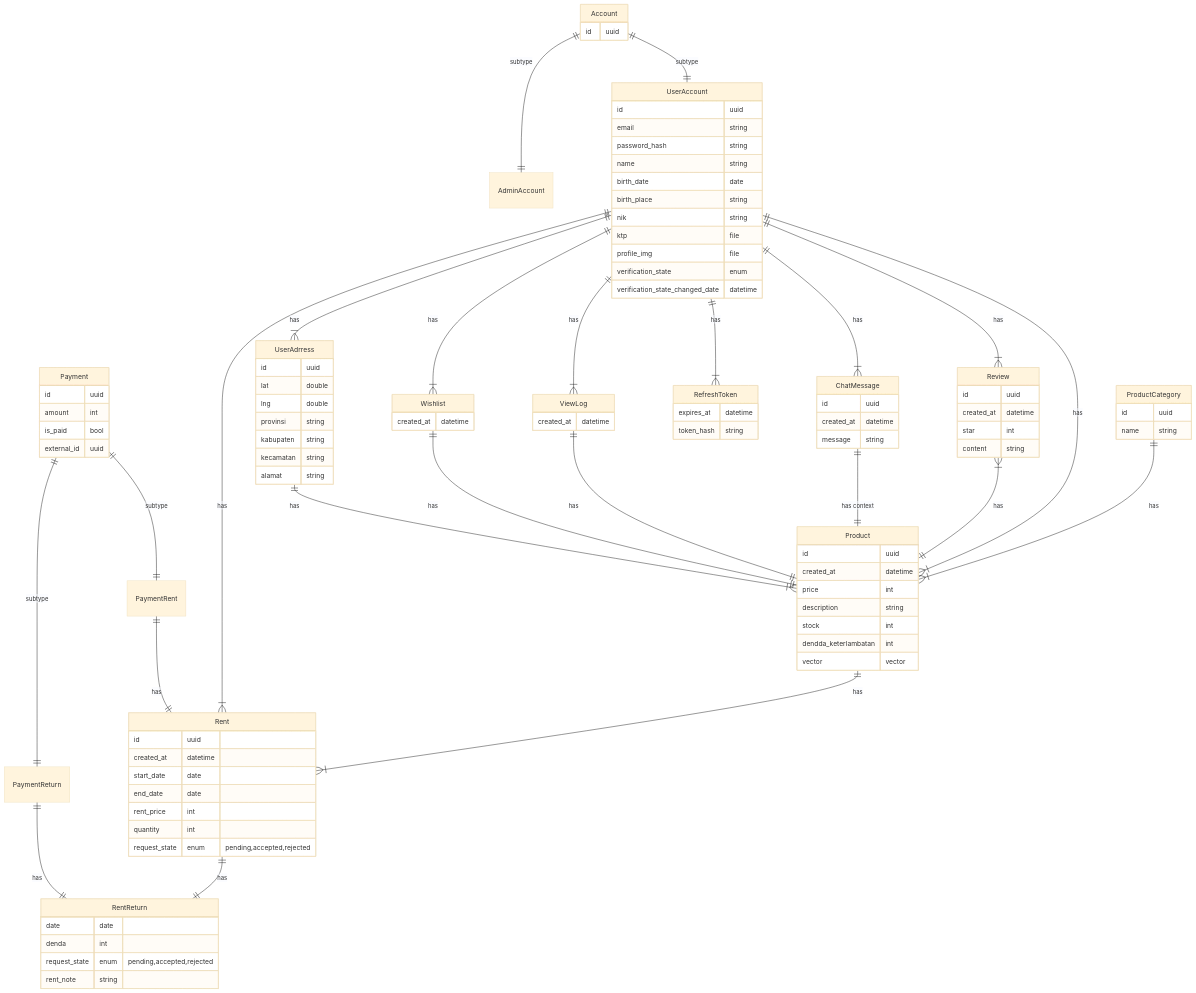
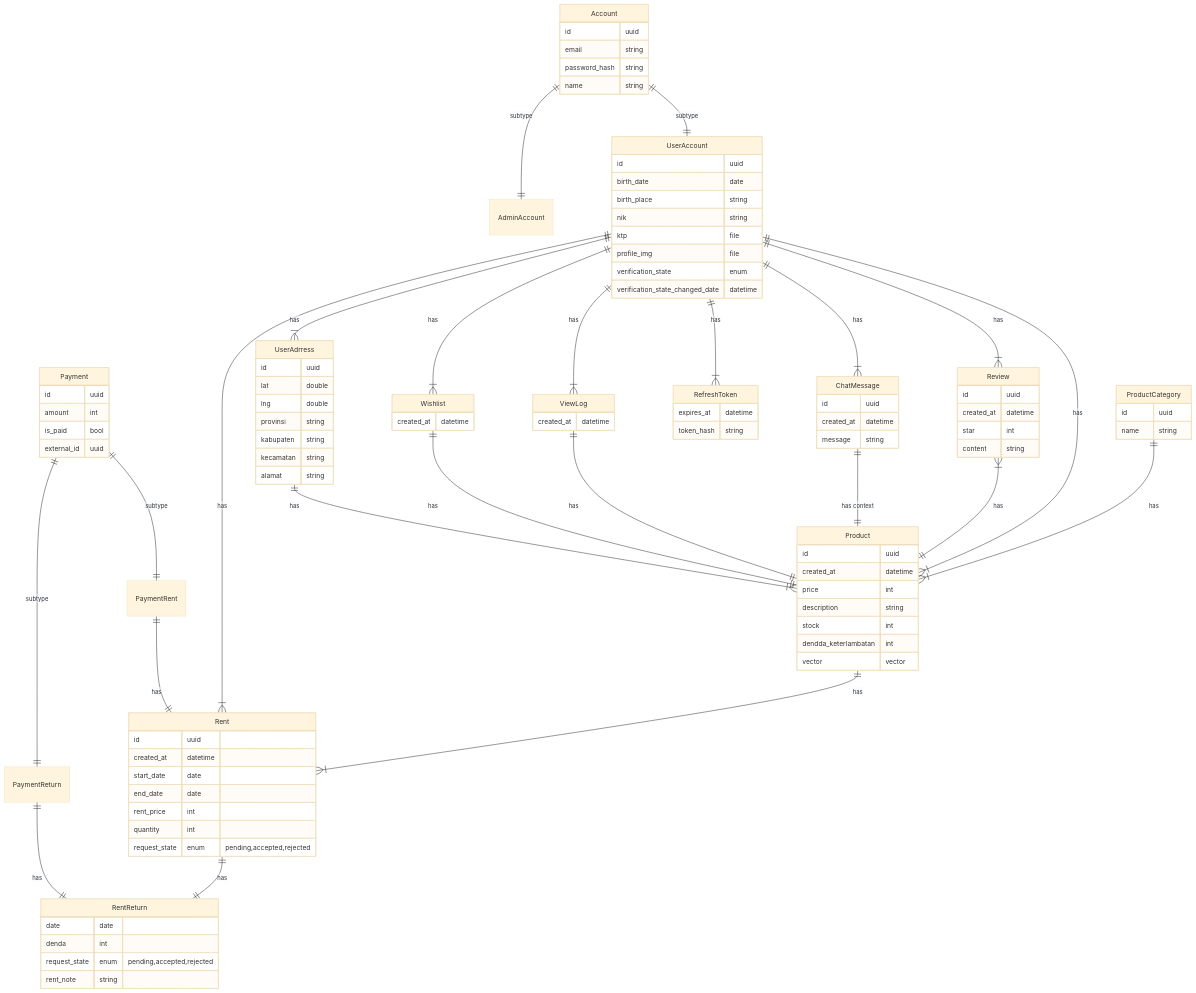
Before and after one commit to levirs565/openrent: the diagram in db.mermaid, drawn with Mermaid (base theme). The commit also changed other lines of this file and 8 other files, not shown here.

```diff
--- a/db.mermaid
+++ b/db.mermaid
@@ -1,132 +1,132 @@
 erDiagram
 	direction TB
 
 	Account {
 		id uuid
+		email string 
+		password_hash string  
+		name string
 	}
 
 	Account ||--|| AdminAccount : "subtype"
 	Account ||--|| UserAccount : "subtype"
 
 	UserAccount {
 		id uuid
-		email string 
-		password_hash string  
-		name string
 		birth_date date   
 		birth_place string  
 		nik string
 		ktp file  
 		profile_img file
 		verification_state enum 
 		verification_state_changed_date datetime
 	}
 
 	UserAdrress {
 		id uuid  
 		lat double  
 		lng double 
         provinsi string
         kabupaten string
         kecamatan string
 		alamat string
 	}
 
 	UserAdrress ||--|{ Product : "has"
 
 	Product {
 		id uuid 
 		created_at datetime  
 		price int  
 		description string
 		stock int  
 		dendda_keterlambatan int
 		vector vector
 	}
 
 	Review {
 		id uuid 
         created_at datetime
 		star int
 		content string  
 	}
 
 	UserAccount ||--|{ ChatMessage : "has" 
 
 	UserAccount ||--|{ Wishlist : "has"
 	Wishlist {
 		created_at datetime
 	}
 	Wishlist ||--|| Product : "has"
 
 	UserAccount ||--|{ ViewLog : "has"
 	ViewLog {
 		created_at datetime
 	}
 	ViewLog ||--|| Product : "has"
 
 	UserAccount ||--|{ RefreshToken : "has"
 	RefreshToken {
 		expires_at datetime
 		token_hash string
 	}
 
 	ChatMessage {
 		id uuid
         created_at datetime
 		message string 
 	}
 
 	ChatMessage ||--|| Product : "has context"
 
 	Rent {
 		id uuid
 		created_at datetime
 		start_date date  
 		end_date date  
 		rent_price int  
 		quantity int
 		request_state enum "pending,accepted,rejected"
 	}
 
 	Payment {
 		id uuid  
 		amount int  
 		is_paid bool  
 		external_id uuid
 	}
 
 	PaymentRent {
 
 	}
 
 	PaymentReturn {
 
 	}
 
 	RentReturn {
 		date date  
 		denda int
 		request_state enum "pending,accepted,rejected"
 		rent_note string
 	}
 
 	ProductCategory {
 		id uuid  ""  
 		name string  ""  
 	}
 
 
 
 	UserAccount ||--|{ UserAdrress : "has"
     Review }|--|| Product : "has"
 	UserAccount ||--|{ Review : "has"
 	Payment ||--|| PaymentRent : "subtype"
 	Payment ||--|| PaymentReturn : "subtype"
 	PaymentRent ||--|| Rent : "has"
 	PaymentReturn ||--|| RentReturn : "has"
 	UserAccount ||--|{ Product : "has"
     ProductCategory ||--|{ Product : "has"
 	Rent ||--|| RentReturn : "has"
 	UserAccount ||--|{ Rent : "has"
     Product ||--|{ Rent : "has"
```
